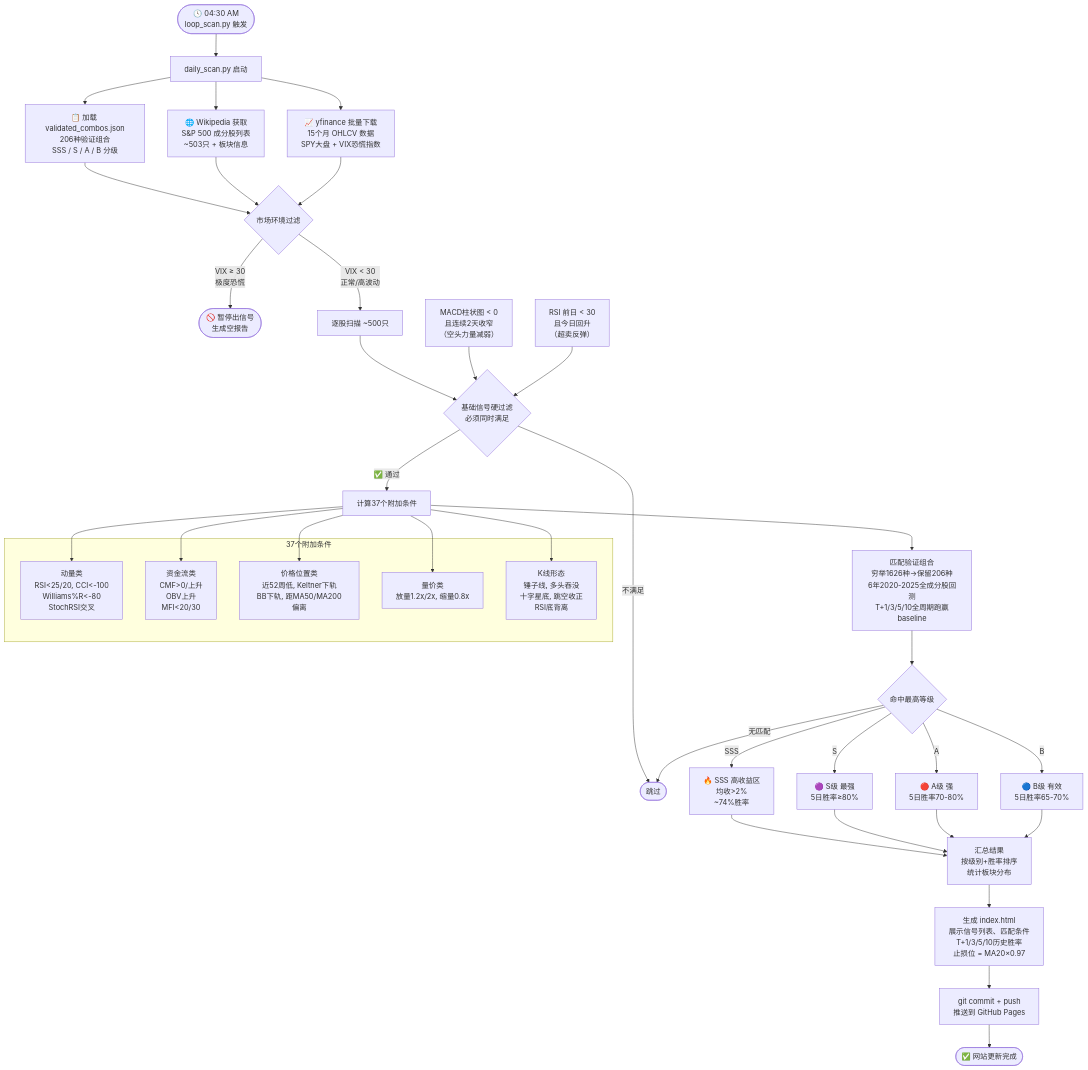
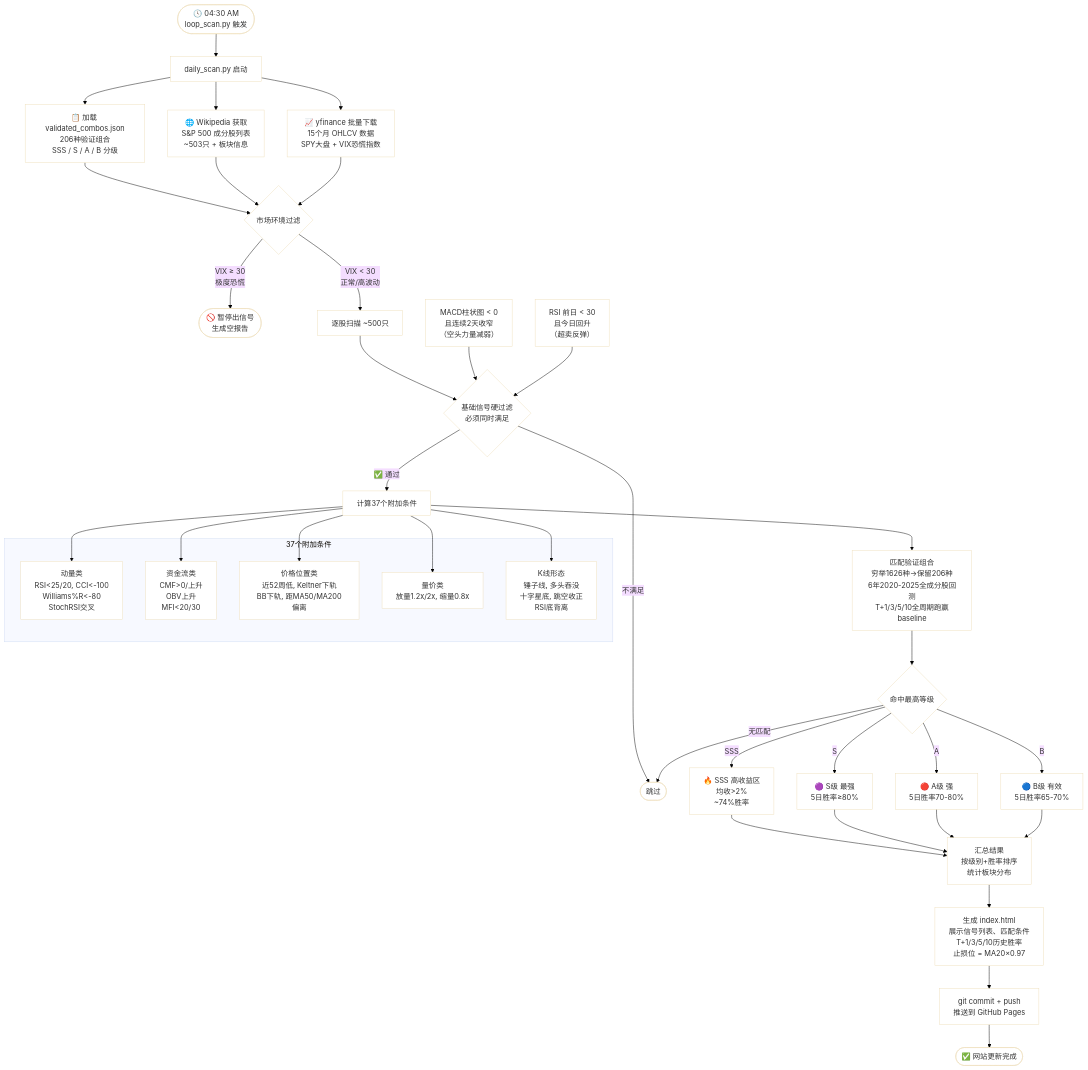
One commit to FengkaiTian/chucun_scan changed the diagram in README.md. Above: the diagram before and after it, drawn with Mermaid.

Commit message:
style: set Mermaid diagram background to white
Generated with [Claude Code](https://claude.ai/code)
via [Happy](https://happy.engineering)

````diff
--- a/README.md
+++ b/README.md
@@ -11,51 +11,52 @@
 ```mermaid
+%%{init: {'theme': 'base', 'themeVariables': {'background': '#ffffff', 'primaryBkg': '#ffffff', 'secondaryBkg': '#f0f0f0', 'tertiaryBkg': '#ffffff', 'mainBkg': '#ffffff'}}}%%
 flowchart TD
     A([🕓 04:30 AM\nloop_scan.py 触发]) --> B
 
     B[daily_scan.py 启动] --> C & D & E
 
     C[📋 加载 validated_combos.json\n206种验证组合\nSSS / S / A / B 分级] --> F
     D[🌐 Wikipedia 获取\nS&P 500 成分股列表\n~503只 + 板块信息] --> F
     E[📈 yfinance 批量下载\n15个月 OHLCV 数据\nSPY大盘 + VIX恐慌指数] --> F
 
     F{市场环境过滤} -->|VIX ≥ 30\n极度恐慌| G([🚫 暂停出信号\n生成空报告])
     F -->|VIX < 30\n正常/高波动| H
 
     H[逐股扫描 ~500只] --> I
 
     I{基础信号硬过滤\n必须同时满足} -->|不满足| J([跳过])
     I -->|✅ 通过| K
 
     I1["MACD柱状图 < 0\n且连续2天收窄\n（空头力量减弱）"]
     I2["RSI 前日 < 30\n且今日回升\n（超卖反弹）"]
     I1 & I2 --> I
 
     K[计算37个附加条件] --> L
 
     subgraph 37个附加条件
         K1["动量类\nRSI<25/20, CCI<-100\nWilliams%R<-80\nStochRSI交叉"]
         K2["资金流类\nCMF>0/上升\nOBV上升\nMFI<20/30"]
         K3["价格位置类\n近52周低, Keltner下轨\nBB下轨, 距MA50/MA200偏离"]
         K4["量价类\n放量1.2x/2x, 缩量0.8x"]
         K5["K线形态\n锤子线, 多头吞没\n十字星底, 跳空收正\nRSI底背离"]
     end
 
     K --> K1 & K2 & K3 & K4 & K5
 
     L[匹配验证组合\n穷举1626种→保留206种\n6年2020-2025全成分股回测\nT+1/3/5/10全周期跑赢baseline] --> M
 
     M{命中最高等级}
     M -->|SSS| N1["🔥 SSS 高收益区\n均收>2%\n~74%胜率"]
     M -->|S| N2["🟣 S级 最强\n5日胜率≥80%"]
     M -->|A| N3["🔴 A级 强\n5日胜率70-80%"]
     M -->|B| N4["🔵 B级 有效\n5日胜率65-70%"]
     M -->|无匹配| J
 
     N1 & N2 & N3 & N4 --> O
 
     O[汇总结果\n按级别+胜率排序\n统计板块分布] --> P
 
     P[生成 index.html\n展示信号列表、匹配条件\nT+1/3/5/10历史胜率\n止损位 = MA20×0.97] --> Q
 
     Q[git commit + push\n推送到 GitHub Pages] --> R([✅ 网站更新完成])
 ```
````
